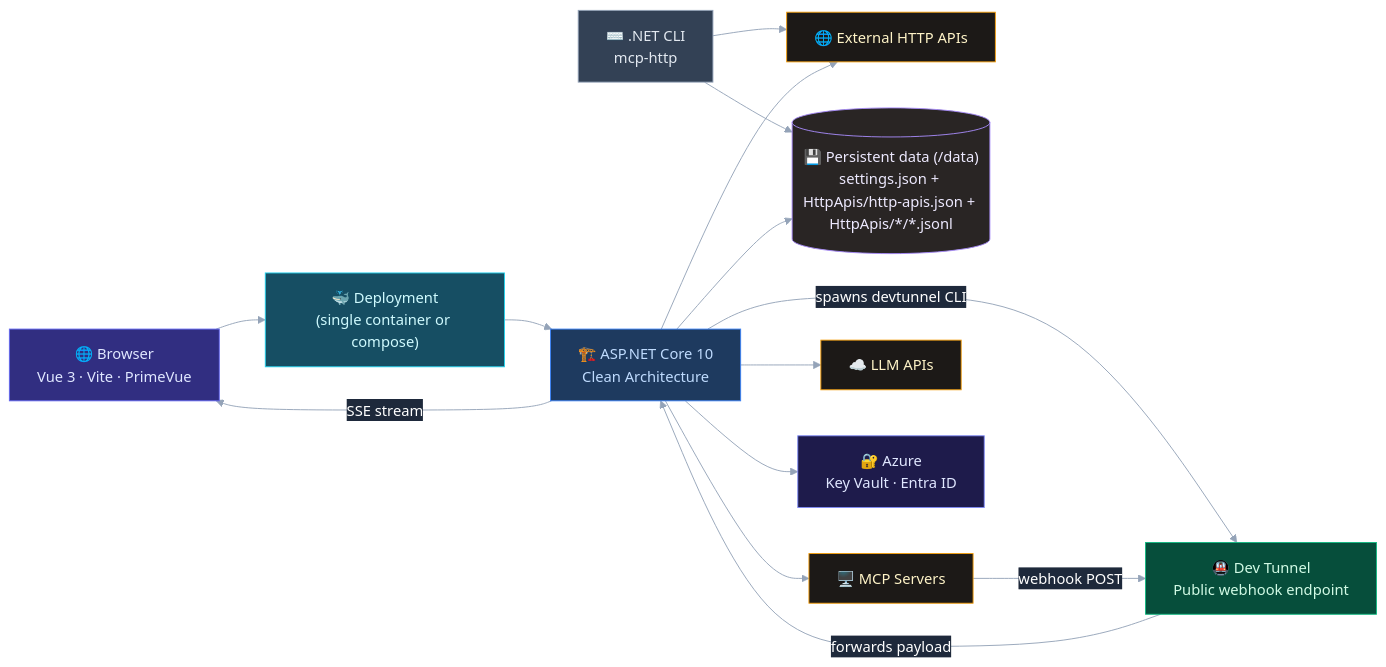
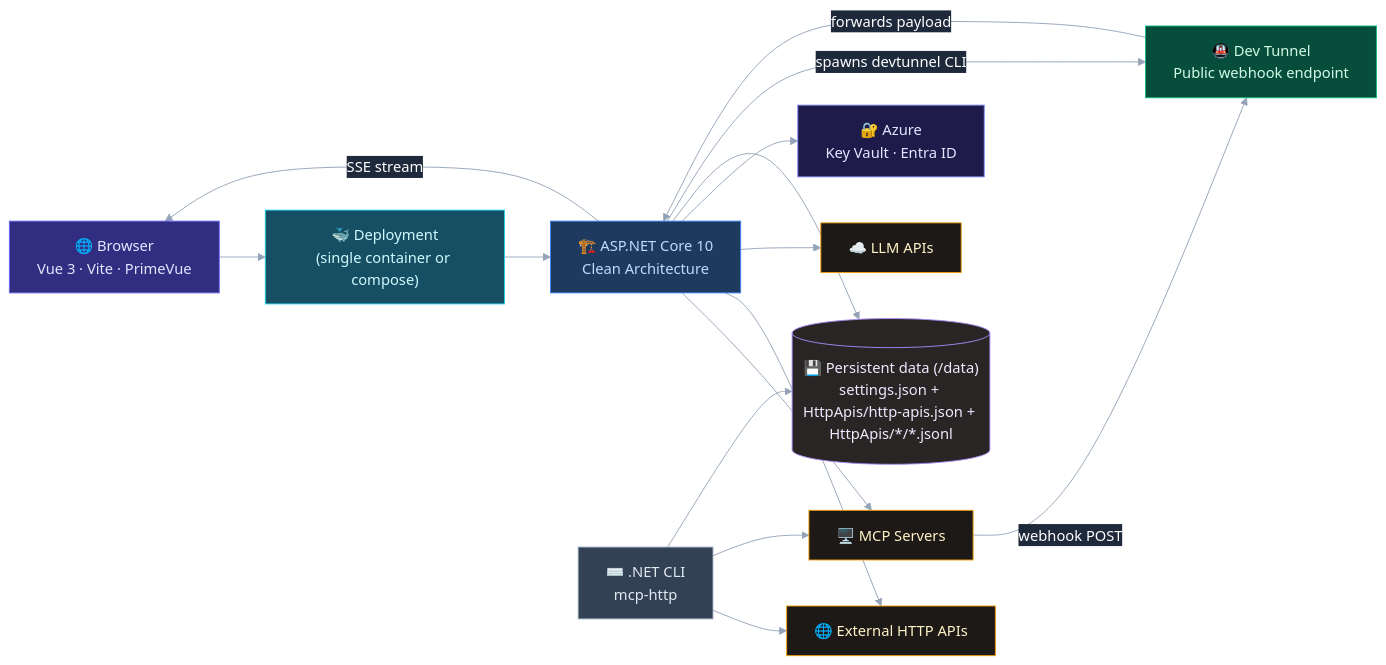
One commit to garrardkitchen/mcp-explorer-vue changed the first of 7 diagrams in README.md. Above: the diagram before and after it, drawn with Mermaid. The commit also changed other lines of this file and 1 other file, not shown here.

Commit message:
feat: update README with detailed MCP command examples and clarify CLI functionalities

````diff
--- a/README.md
+++ b/README.md
@@ -37,50 +37,51 @@
 ```mermaid
 %%{ init: { "theme": "base", "themeVariables": {
   "primaryColor":        "#6366f1",
   "primaryTextColor":    "#ffffff",
   "primaryBorderColor":  "#4f46e5",
   "lineColor":           "#94a3b8",
   "secondaryColor":      "#0f172a",
   "tertiaryColor":       "#1e293b",
   "background":          "#0f172a",
   "mainBkg":             "#1e293b",
   "nodeBorder":          "#334155",
   "clusterBkg":          "#1e293b",
   "titleColor":          "#f8fafc",
   "edgeLabelBackground": "#1e293b",
   "fontFamily":          "ui-monospace, monospace"
 } } }%%
 
 flowchart LR
   Browser["🌐 Browser\nVue 3 · Vite · PrimeVue"] --> Deployment["🐳 Deployment\n(single container or compose)"]
   Deployment --> Backend["🏗️ ASP.NET Core 10\nClean Architecture"]
   CLI["⌨️ .NET CLI\nmcp-http"] --> HTTPAPIs["🌐 External HTTP APIs"]
+  CLI --> MCPServers
   CLI --> Storage
   Backend --> MCPServers["🖥️ MCP Servers"]
   Backend --> HTTPAPIs["🌐 External HTTP APIs"]
   Backend --> LLMAPIs["☁️ LLM APIs"]
   Backend --> Azure["🔐 Azure\nKey Vault · Entra ID"]
   Backend --> Storage[("💾 Persistent data (/data)\nsettings.json + HttpApis/http-apis.json + HttpApis/*/*.jsonl")]
   Backend -->|"spawns devtunnel CLI"| DevTunnel["🚇 Dev Tunnel\nPublic webhook endpoint"]
   MCPServers -->|"webhook POST"| DevTunnel
   DevTunnel -->|"forwards payload"| Backend
   Backend -->|"SSE stream"| Browser
 
   classDef browser   fill:#312e81,stroke:#6366f1,color:#e0e7ff
   classDef deploy    fill:#164e63,stroke:#22d3ee,color:#cffafe
   classDef backend   fill:#1e3a5f,stroke:#3b82f6,color:#bfdbfe
   classDef external  fill:#1c1917,stroke:#f59e0b,color:#fef3c7
   classDef cli       fill:#334155,stroke:#94a3b8,color:#e2e8f0
   classDef azure     fill:#1e1b4b,stroke:#818cf8,color:#e0e7ff
   classDef data      fill:#292524,stroke:#a78bfa,color:#ede9fe
   classDef tunnel    fill:#064e3b,stroke:#10b981,color:#d1fae5
 
   class Browser browser
   class Deployment deploy
   class Backend backend
   class MCPServers,HTTPAPIs,LLMAPIs external
   class CLI cli
   class Azure azure
   class Storage data
   class DevTunnel tunnel
 ```
````
